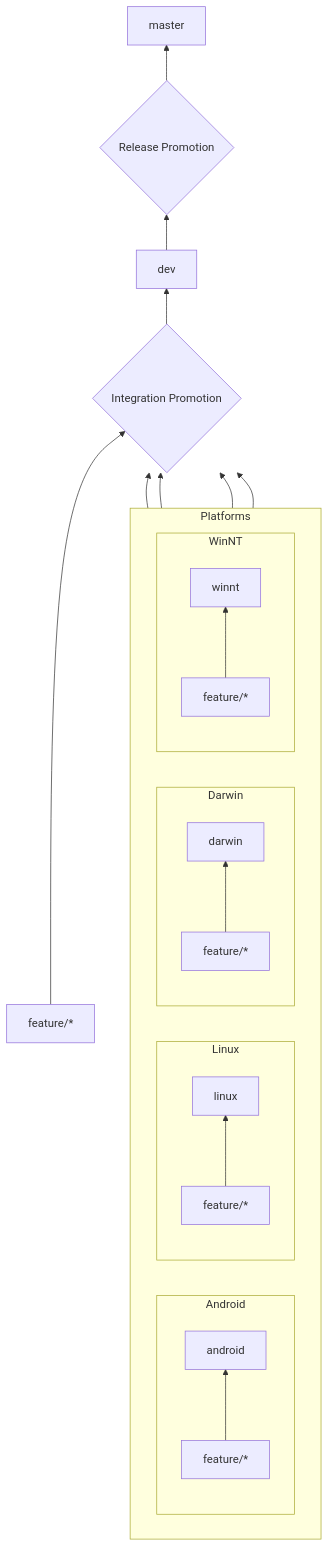
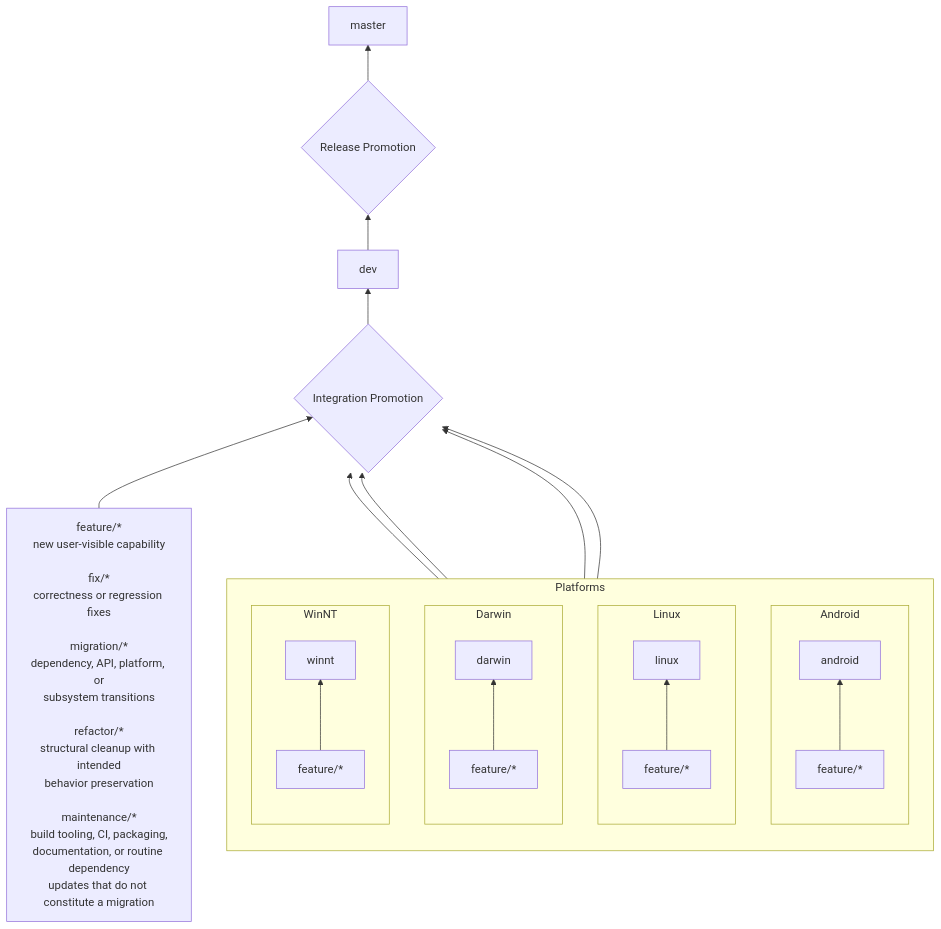
Before and after one commit to psychocodermonkey/RLyehPSX: the diagram in docs/development_workflow.md, drawn with Mermaid. The commit also changed other lines of this file, not shown here.

````diff
--- a/docs/development_workflow.md
+++ b/docs/development_workflow.md
@@ -40,56 +40,56 @@
 ```mermaid
 flowchart BT
 
     master["master"]
 
     release{"Release Promotion"}
 
     dev["dev"]
 
     integration{"Integration Promotion"}
 
-    feature["feature/*"]
+    feature["feature/*<br/>new user-visible capability<br/><br/>fix/*<br/>correctness or regression fixes<br/><br/>migration/*<br/>dependency, API, platform, or<br/>subsystem transitions<br/><br/>refactor/*<br/>structural cleanup with intended<br/>behavior preservation<br/><br/>maintenance/*<br/>build tooling, CI, packaging,<br/>documentation, or routine dependency<br/>updates that do not constitute a migration"]
 
     subgraph Platforms
-        direction LR
+        direction BT
 
         subgraph Android
             direction BT
             aFeature["feature/*"]
             android["android"]
             aFeature --> android
         end
 
         subgraph Linux
             direction BT
             lFeature["feature/*"]
             linux["linux"]
             lFeature --> linux
         end
 
         subgraph Darwin
             direction BT
             dFeature["feature/*"]
             darwin["darwin"]
             dFeature --> darwin
         end
 
         subgraph WinNT
             direction BT
             wFeature["feature/*"]
             winnt["winnt"]
             wFeature --> winnt
         end
     end
 
     feature --> integration
 
     android --> integration
     linux --> integration
     darwin --> integration
     winnt --> integration
 
     integration --> dev
     dev --> release
     release --> master
 ```
````
